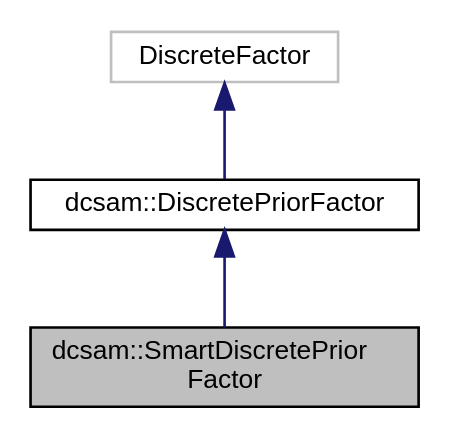
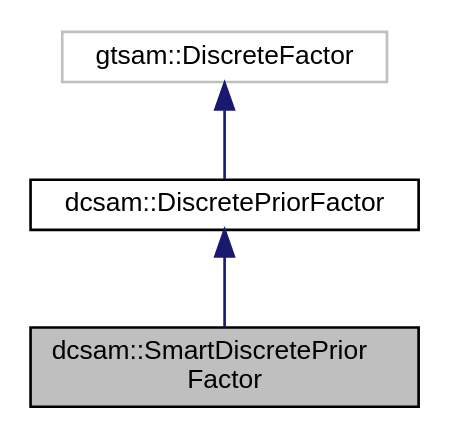
One commit to MarineRoboticsGroup/dcsam changed the diagram in classdcsam_1_1_smart_discrete_prior_factor__inherit__graph.dot. Above: the diagram before and after it, drawn with Graphviz. The commit also changed 230 other files, not shown here.

```diff
--- a/classdcsam_1_1_smart_discrete_prior_factor__inherit__graph.dot
+++ b/classdcsam_1_1_smart_discrete_prior_factor__inherit__graph.dot
@@ -1,11 +1,11 @@
 digraph "dcsam::SmartDiscretePriorFactor"
 {
  // LATEX_PDF_SIZE
   edge [fontname="Helvetica",fontsize="10",labelfontname="Helvetica",labelfontsize="10"];
   node [fontname="Helvetica",fontsize="10",shape=record];
   Node1 [label="dcsam::SmartDiscretePrior\lFactor",height=0.2,width=0.4,color="black", fillcolor="grey75", style="filled", fontcolor="black",tooltip="Implementation of a \"smart\" updateable discrete prior factor."];
   Node2 -> Node1 [dir="back",color="midnightblue",fontsize="10",style="solid",fontname="Helvetica"];
   Node2 [label="dcsam::DiscretePriorFactor",height=0.2,width=0.4,color="black", fillcolor="white", style="filled",URL="$classdcsam_1_1_discrete_prior_factor.html",tooltip="Implementation of a discrete prior factor."];
   Node3 -> Node2 [dir="back",color="midnightblue",fontsize="10",style="solid",fontname="Helvetica"];
-  Node3 [label="DiscreteFactor",height=0.2,width=0.4,color="grey75", fillcolor="white", style="filled",tooltip=" "];
+  Node3 [label="gtsam::DiscreteFactor",height=0.2,width=0.4,color="grey75", fillcolor="white", style="filled",tooltip=" "];
 }
```
